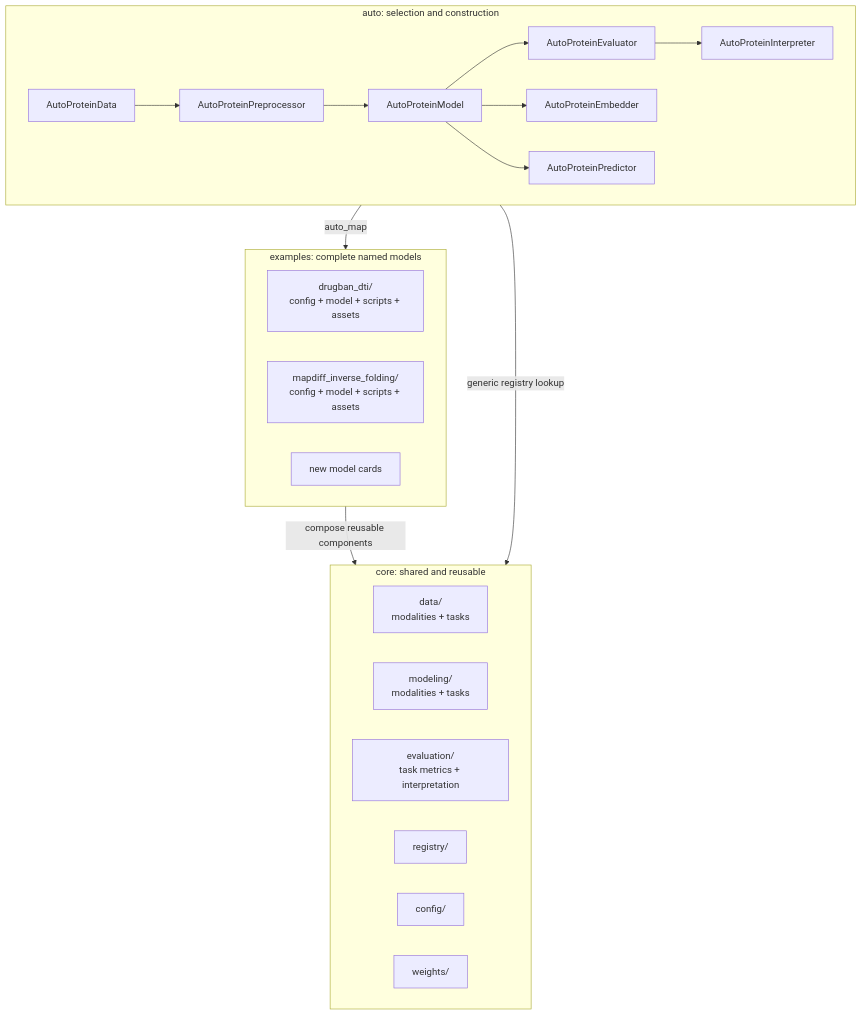
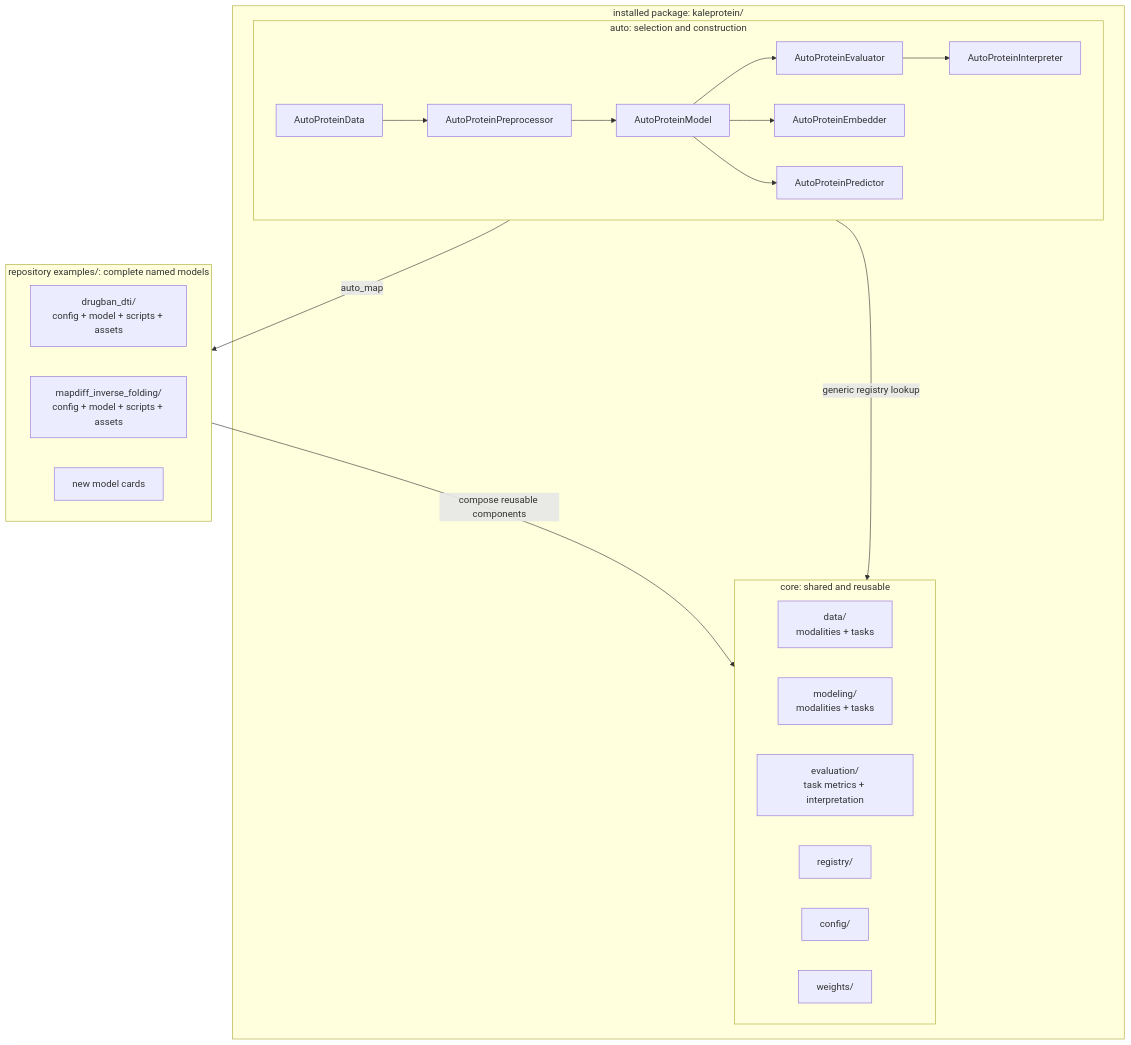
Before and after one commit to pykale/protein: the first of 3 diagrams in docs/architecture.md, drawn with Mermaid. The commit also changed other lines of this file and 148 other files, not shown here.

Commit message:
Rename package and separate repository resources

````diff
--- a/docs/architecture.md
+++ b/docs/architecture.md
@@ -6,37 +17,39 @@
 ```mermaid
 flowchart TB
-    subgraph CORE["core: shared and reusable"]
+    subgraph PACKAGE["installed package: kaleprotein/"]
+      subgraph CORE["core: shared and reusable"]
         direction LR
         CORE_DATA["data/<br/>modalities + tasks"]
         CORE_MODELING["modeling/<br/>modalities + tasks"]
         CORE_EVAL["evaluation/<br/>task metrics + interpretation"]
         REGISTRY["registry/"]
         CONFIG["config/"]
         WEIGHTS["weights/"]
-    end
+      end
 
-    subgraph AUTO["auto: selection and construction"]
+      subgraph AUTO["auto: selection and construction"]
         direction LR
         DATA["AutoProteinData"]
         PREP["AutoProteinPreprocessor"]
         MODEL["AutoProteinModel"]
         EMBED["AutoProteinEmbedder"]
         PREDICT["AutoProteinPredictor"]
         EVAL["AutoProteinEvaluator"]
         INTERP["AutoProteinInterpreter"]
         DATA --> PREP --> MODEL --> EVAL --> INTERP
         MODEL --> EMBED
         MODEL --> PREDICT
+      end
     end
 
-    subgraph EXAMPLES["examples: complete named models"]
+    subgraph EXAMPLES["repository examples/: complete named models"]
         direction LR
         DRUGBAN["drugban_dti/<br/>config + model + scripts + assets"]
         MAPDIFF["mapdiff_inverse_folding/<br/>config + model + scripts + assets"]
         MORE["new model cards"]
     end
 
     AUTO -->|"generic registry lookup"| CORE
     MODEL -->|"auto_map"| EXAMPLES
     EXAMPLES -->|"compose reusable components"| CORE
 ```
````
